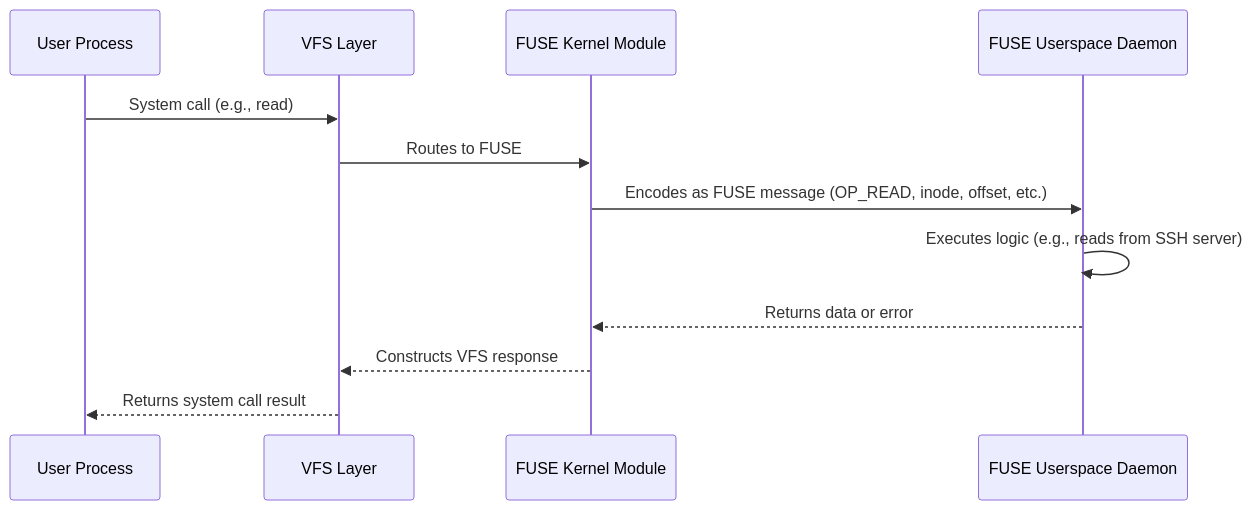
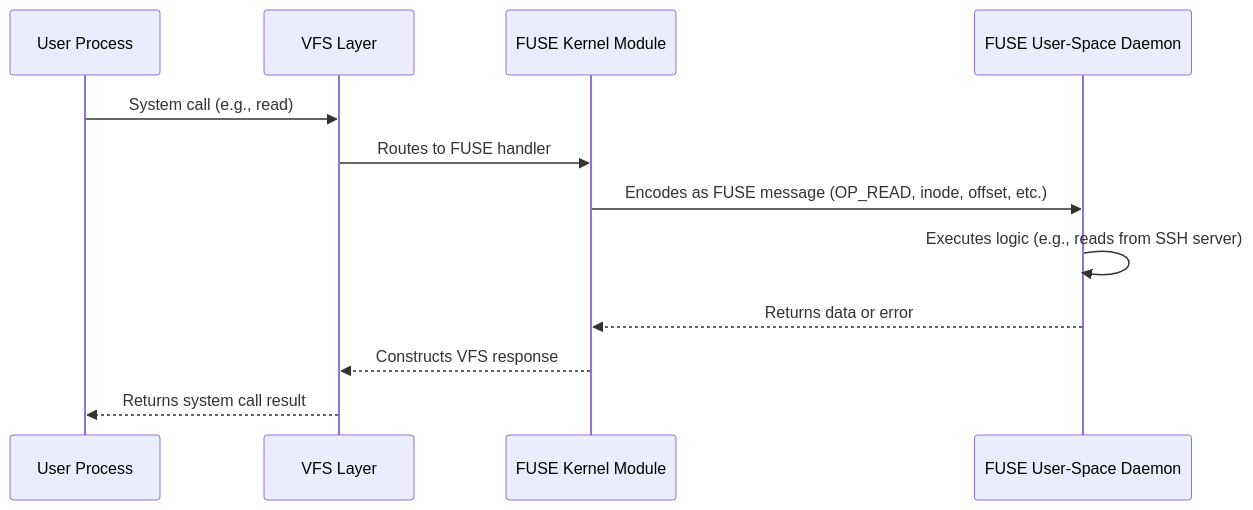
The second of 5 diagrams in project/libfuse-fs/docs/tech.md (rk8s-dev/rk8s), drawn with Mermaid before and after one commit. The commit also changed other lines of this file and 3 other files, not shown here.

Commit message:
docs: add VFS and FUSE diagrams to tech documentation

````diff
--- a/project/libfuse-fs/docs/tech.md
+++ b/project/libfuse-fs/docs/tech.md
@@ -176,15 +174,15 @@
 ```mermaid  
 sequenceDiagram  
     participant User as User Process  
     participant VFS as VFS Layer  
     participant FUSE_Kernel as FUSE Kernel Module  
-    participant FUSE_Daemon as FUSE Userspace Daemon  
+    participant FUSE_Daemon as FUSE User-Space Daemon  
 
     User->>VFS: System call (e.g., read)  
-    VFS->>FUSE_Kernel: Routes to FUSE  
+    VFS->>FUSE_Kernel: Routes to FUSE handler  
     FUSE_Kernel->>FUSE_Daemon: Encodes as FUSE message (OP_READ, inode, offset, etc.)  
     FUSE_Daemon->>FUSE_Daemon: Executes logic (e.g., reads from SSH server)  
     FUSE_Daemon-->>FUSE_Kernel: Returns data or error  
     FUSE_Kernel-->>VFS: Constructs VFS response  
     VFS-->>User: Returns system call result  
 ```  
````
